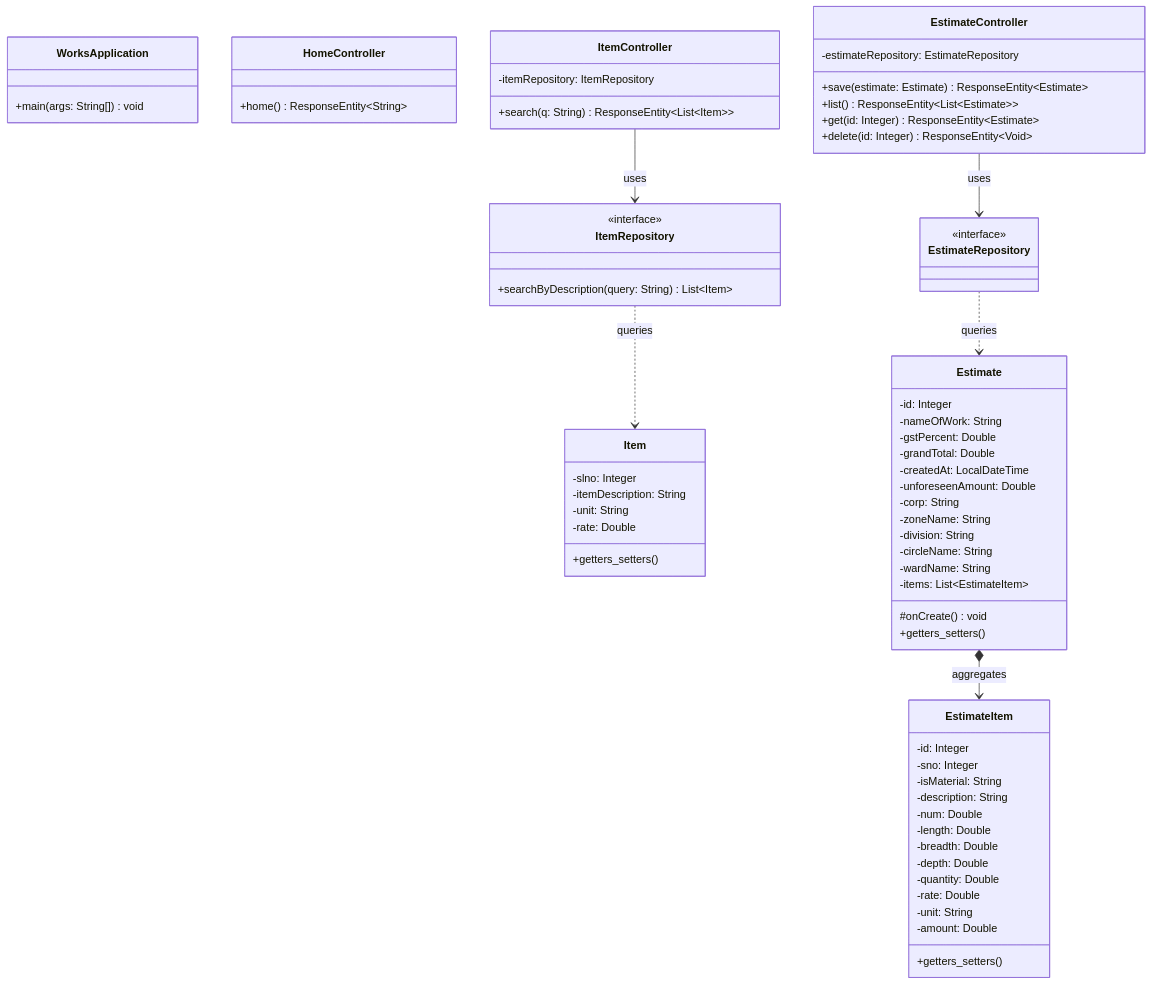
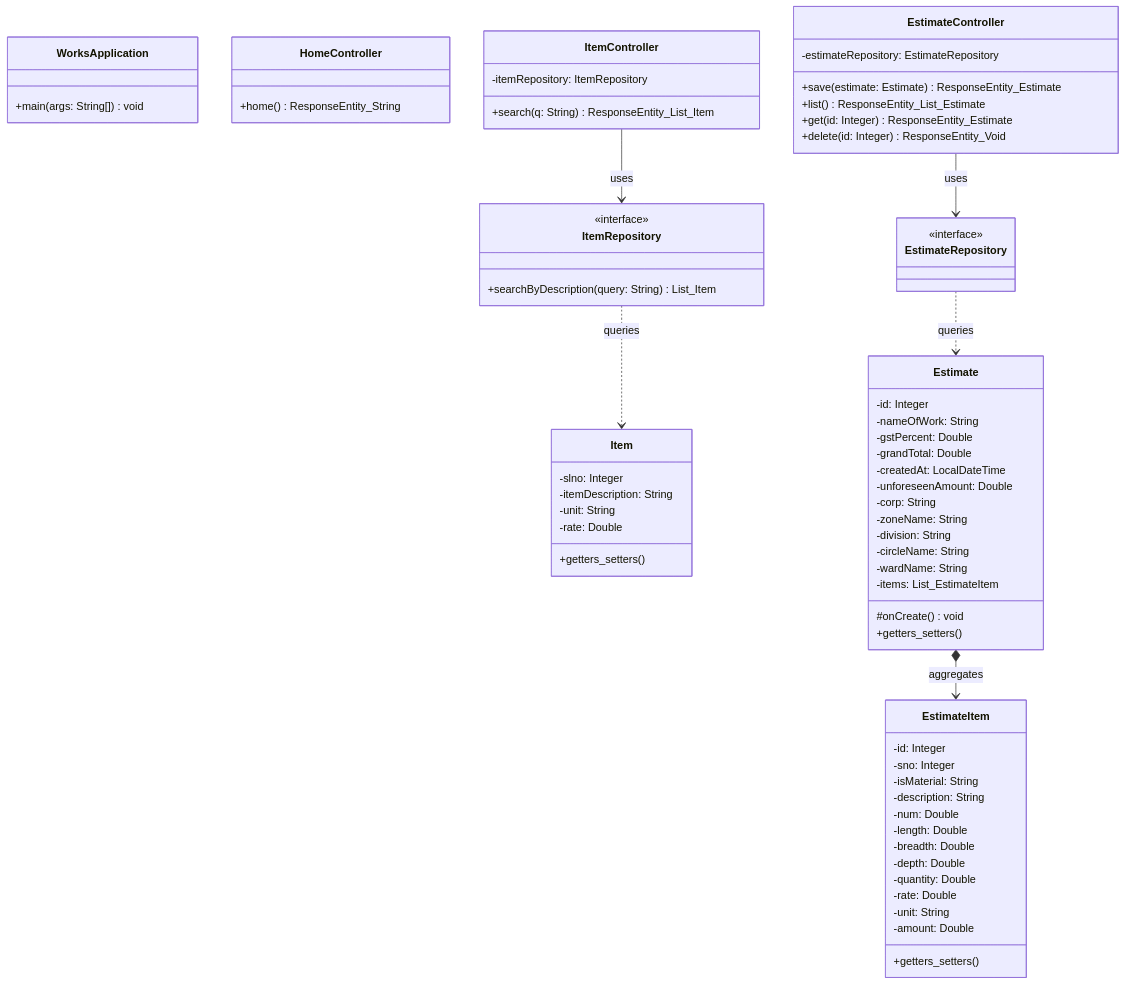
One commit to 23-303-mvsrec/works changed the third of 4 diagrams in codebase_diagrams.md. Above: the diagram before and after it, drawn with Mermaid. The commit also changed other lines of this file and 31 other files, not shown here.

````diff
--- a/codebase_diagrams.md
+++ b/codebase_diagrams.md
@@ -106,79 +106,79 @@
 ```mermaid
 classDiagram
     class WorksApplication {
         +main(args: String[]) void
     }
 
     class HomeController {
-        +home() ResponseEntity~String~
+        +home() ResponseEntity_String
     }
 
     class ItemController {
         -itemRepository: ItemRepository
-        +search(q: String) ResponseEntity~List~Item~~
+        +search(q: String) ResponseEntity_List_Item
     }
 
     class EstimateController {
         -estimateRepository: EstimateRepository
-        +save(estimate: Estimate) ResponseEntity~Estimate~
-        +list() ResponseEntity~List~Estimate~~
-        +get(id: Integer) ResponseEntity~Estimate~
-        +delete(id: Integer) ResponseEntity~Void~
+        +save(estimate: Estimate) ResponseEntity_Estimate
+        +list() ResponseEntity_List_Estimate
+        +get(id: Integer) ResponseEntity_Estimate
+        +delete(id: Integer) ResponseEntity_Void
     }
 
     class Item {
         -slno: Integer
         -itemDescription: String
         -unit: String
         -rate: Double
         +getters_setters()
     }
 
     class Estimate {
         -id: Integer
         -nameOfWork: String
         -gstPercent: Double
         -grandTotal: Double
         -createdAt: LocalDateTime
         -unforeseenAmount: Double
         -corp: String
         -zoneName: String
         -division: String
         -circleName: String
         -wardName: String
-        -items: List~EstimateItem~
+        -items: List_EstimateItem
         #onCreate() void
         +getters_setters()
     }
 
     class EstimateItem {
         -id: Integer
         -sno: Integer
         -isMaterial: String
         -description: String
         -num: Double
         -length: Double
         -breadth: Double
         -depth: Double
         -quantity: Double
         -rate: Double
         -unit: String
         -amount: Double
         +getters_setters()
     }
 
     class ItemRepository {
         <<interface>>
-        +searchByDescription(query: String) List~Item~
+        +searchByDescription(query: String) List_Item
     }
 
     class EstimateRepository {
         <<interface>>
     }
 
     ItemController --> ItemRepository : uses
     EstimateController --> EstimateRepository : uses
     ItemRepository ..> Item : queries
     EstimateRepository ..> Estimate : queries
     Estimate *--> EstimateItem : aggregates
 ```
````
